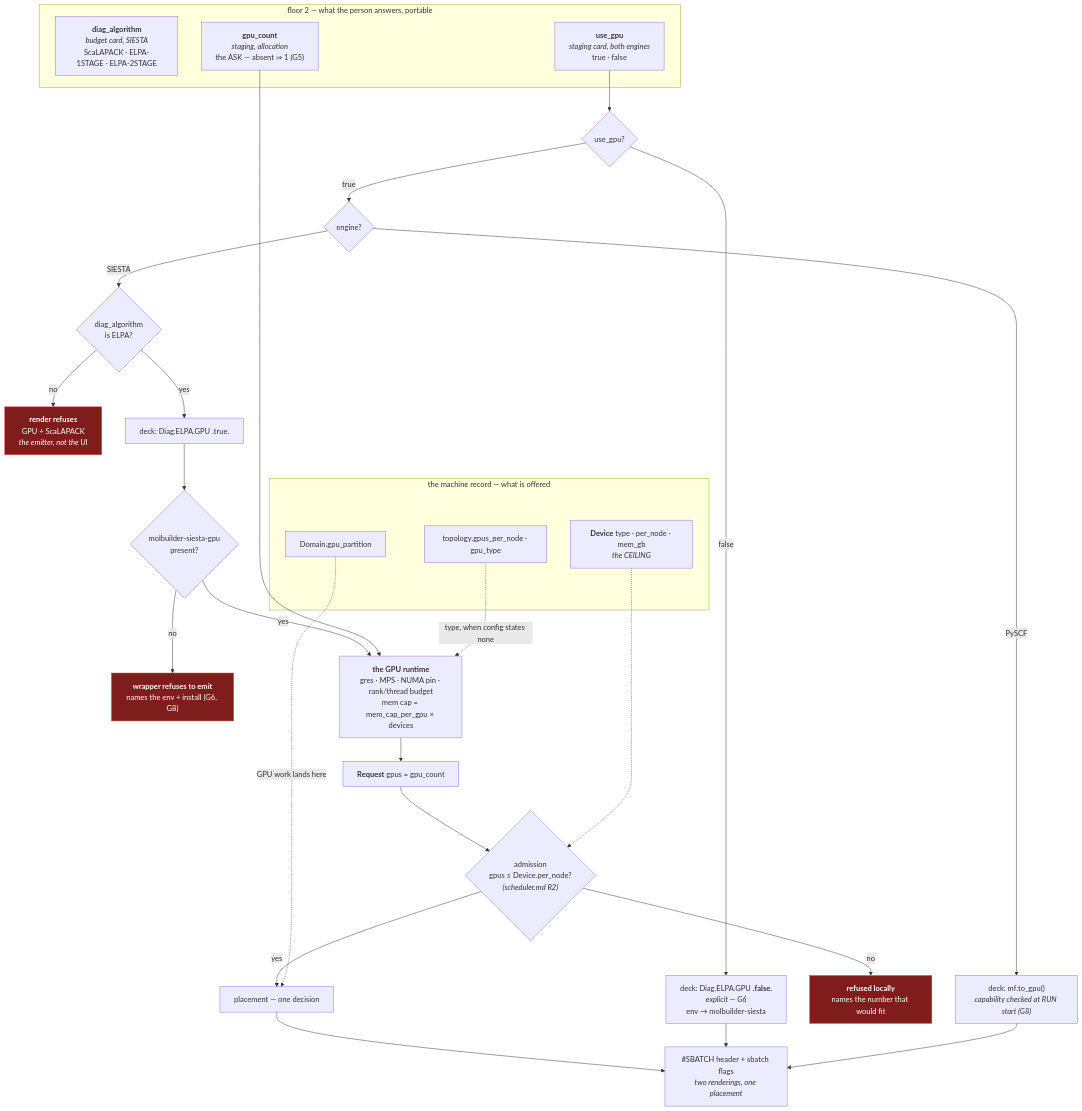
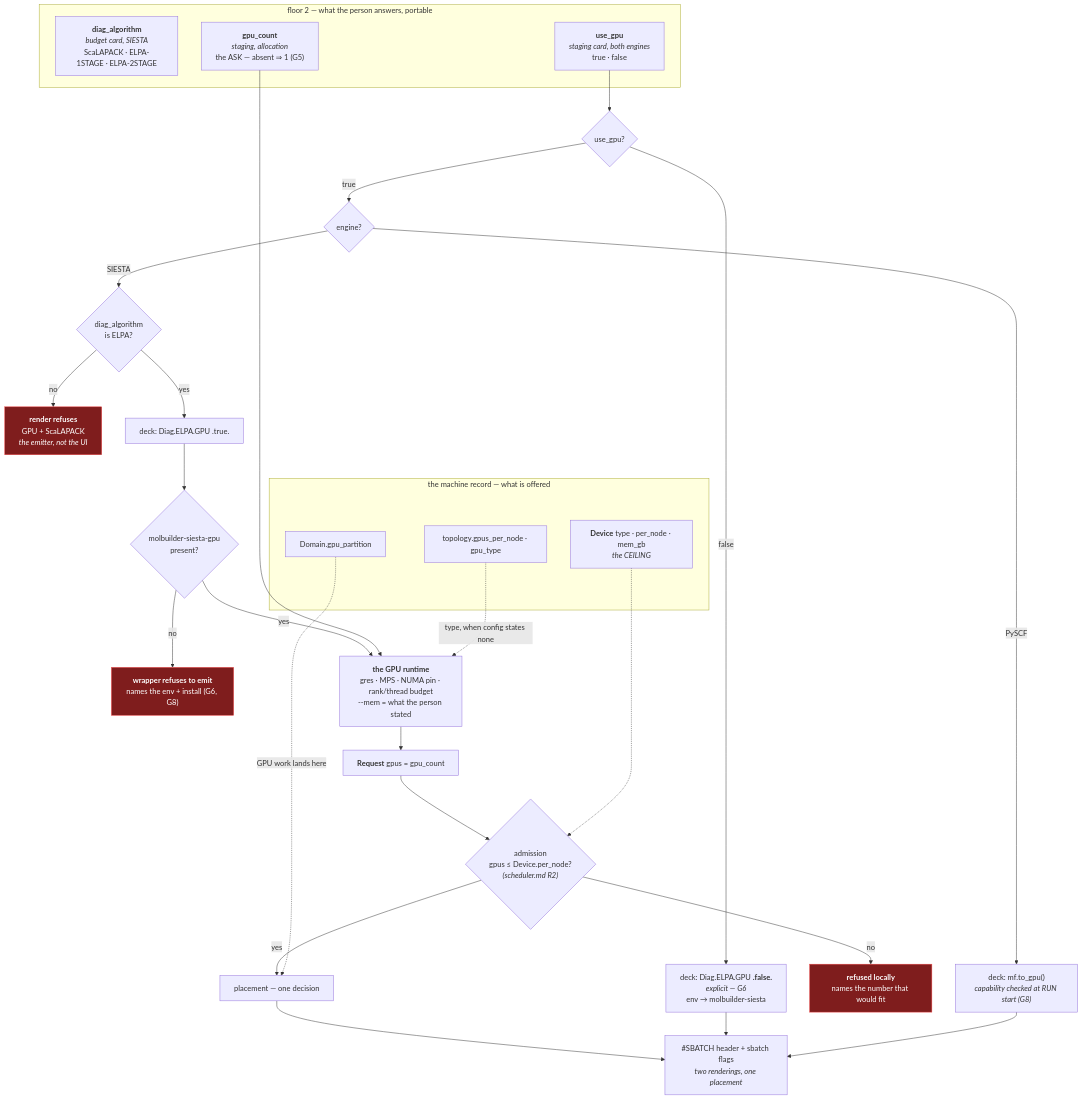
One commit to Qing-LAB/molbuilder changed the diagram in docs/execution/gpu.md. Above: the diagram before and after it, drawn with Mermaid. The commit also changed other lines of this file and 10 other files, not shown here.

````diff
--- a/docs/execution/gpu.md
+++ b/docs/execution/gpu.md
@@ -135,44 +135,44 @@
 ```mermaid
 flowchart TB
     subgraph ASK["floor 2 — what the person answers, portable"]
         SOLVER["<b>diag_algorithm</b><br/><i>budget card, SIESTA</i><br/>ScaLAPACK · ELPA-1STAGE · ELPA-2STAGE"]
         WANT["<b>use_gpu</b><br/><i>staging card, both engines</i><br/>true · false"]
         COUNT["<b>gpu_count</b><br/><i>staging, allocation</i><br/>the ASK — absent ⇒ 1 (G5)"]
     end
 
     subgraph MACH["the machine record — what is offered"]
         DEV["<b>Device</b> type · per_node · mem_gb<br/><i>the CEILING</i>"]
         TOPO["topology.gpus_per_node · gpu_type"]
         PART["Domain.gpu_partition"]
     end
 
     WANT --> Q1{"use_gpu?"}
     Q1 -->|false| CPU["deck: Diag.ELPA.GPU <b>.false.</b><br/><i>explicit — G6</i><br/>env → molbuilder-siesta"]
     Q1 -->|true| Q2{"engine?"}
 
     Q2 -->|SIESTA| Q3{"diag_algorithm<br/>is ELPA?"}
     Q3 -->|no| REFUSE1["<b>render refuses</b><br/>GPU + ScaLAPACK<br/><i>the emitter, not the UI</i>"]
     Q3 -->|yes| DECK["deck: Diag.ELPA.GPU .true."]
     Q2 -->|PySCF| PYDECK["deck: mf.to_gpu()<br/><i>capability checked at RUN start (G8)</i>"]
 
     DECK --> ENV{"molbuilder-siesta-gpu<br/>present?"}
     ENV -->|no| REFUSE2["<b>wrapper refuses to emit</b><br/>names the env + install (G6, G8)"]
-    ENV -->|yes| RT["<b>the GPU runtime</b><br/>gres · MPS · NUMA pin · rank/thread budget<br/>mem cap = mem_cap_per_gpu × devices"]
+    ENV -->|yes| RT["<b>the GPU runtime</b><br/>gres · MPS · NUMA pin · rank/thread budget<br/>--mem = what the person stated"]
 
     COUNT --> RT
     TOPO -.->|"type, when config states none"| RT
     RT --> REQ["<b>Request</b> gpus = gpu_count"]
 
     REQ --> ADMIT{"admission<br/>gpus ≤ Device.per_node?<br/><i>(scheduler.md R2)</i>"}
     DEV -.-> ADMIT
     ADMIT -->|no| REFUSE3["<b>refused locally</b><br/>names the number that would fit"]
     ADMIT -->|yes| PLACE["placement — one decision"]
     PART -.->|"GPU work lands here"| PLACE
     PLACE --> OUT["#SBATCH header + sbatch flags<br/><i>two renderings, one placement</i>"]
 
     CPU --> OUT
     PYDECK --> OUT
 
     classDef refuse fill:#7f1d1d,stroke:#ef4444,color:#fff
     class REFUSE1,REFUSE2,REFUSE3 refuse
 ```
````
